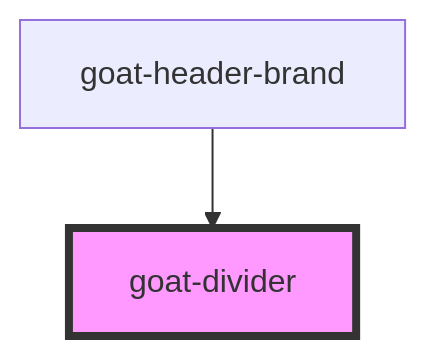
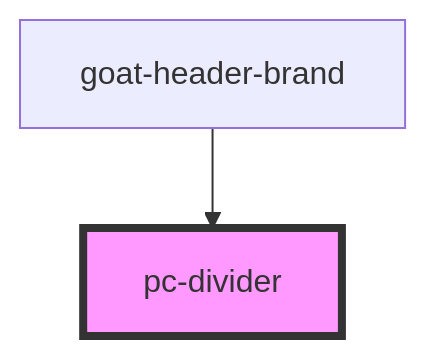
One commit to redvars/peacock changed the diagram in src/components/divider/readme.md. Above: the diagram before and after it, drawn with Mermaid. The commit also changed 56 other files, not shown here.

````diff
--- a/src/components/divider/readme.md
+++ b/src/components/divider/readme.md
@@ -22,5 +22,5 @@
 ```mermaid
 graph TD;
-  goat-header-brand --> goat-divider
-  style goat-divider fill:#f9f,stroke:#333,stroke-width:4px
+  goat-header-brand --> pc-divider
+  style pc-divider fill:#f9f,stroke:#333,stroke-width:4px
 ```
````
